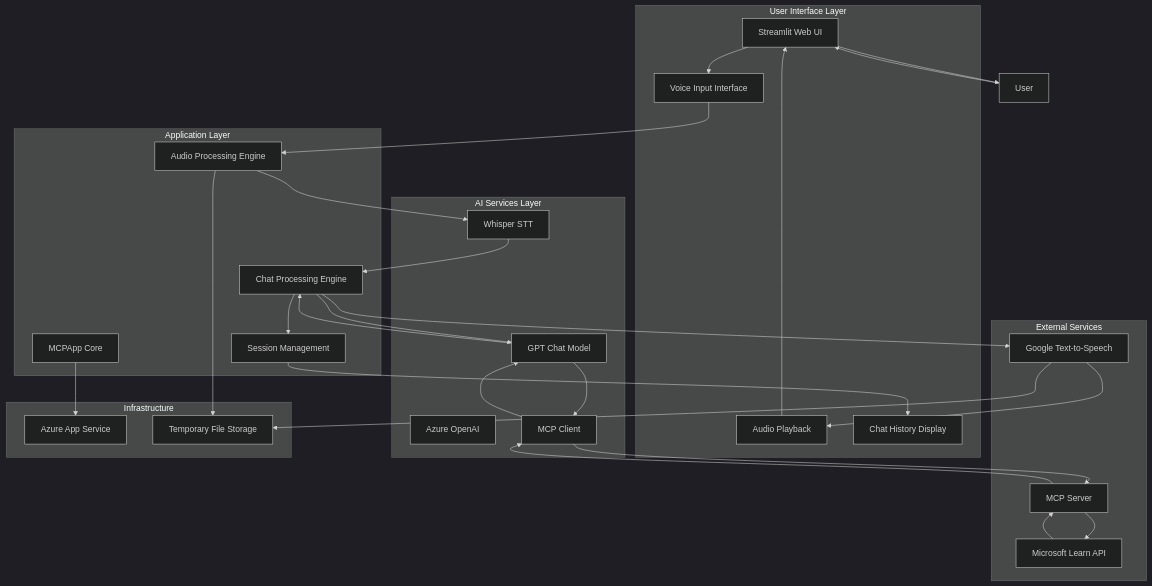
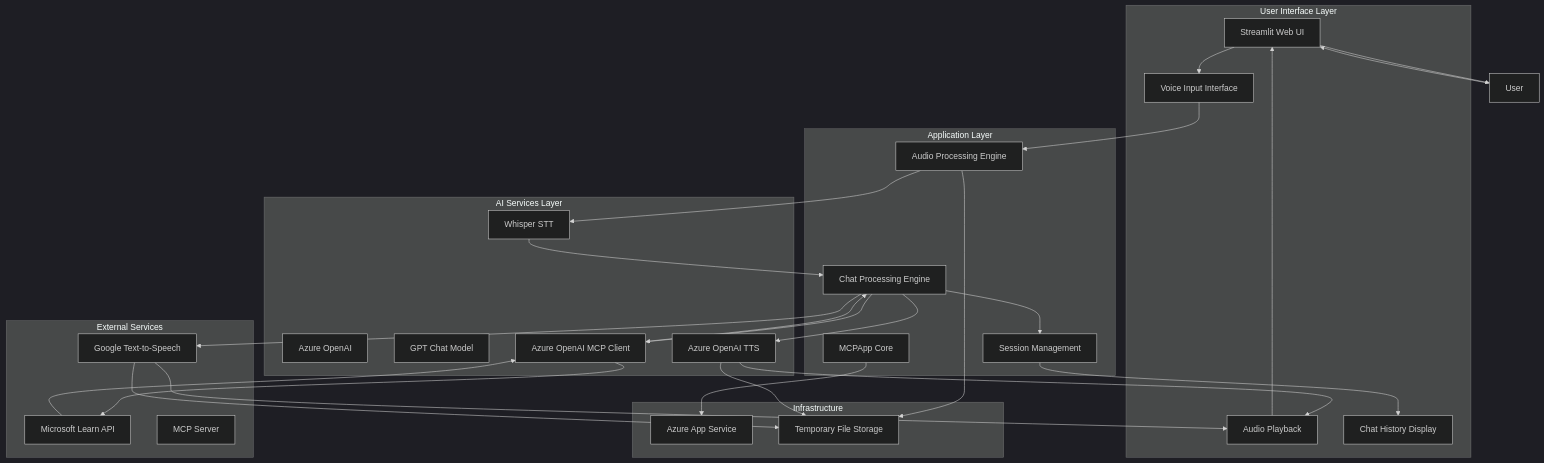
One commit to balakreshnan/mcpapp changed the first of 7 diagrams in ARCHITECTURE.md. Above: the diagram before and after it, drawn with Mermaid (dark theme). The commit also changed other lines of this file and 5 other files, not shown here.

Commit message:
Update documentation to reflect new Azure OpenAI TTS and enhanced MCP integration

````diff
--- a/ARCHITECTURE.md
+++ b/ARCHITECTURE.md
@@ -9,59 +9,59 @@
 ```mermaid
 graph TB
     subgraph "User Interface Layer"
         UI[Streamlit Web UI]
         VoiceInput[Voice Input Interface]
         AudioOutput[Audio Playback]
         ChatHistory[Chat History Display]
     end
     
     subgraph "Application Layer"
         App[MCPApp Core]
         AudioProcessor[Audio Processing Engine]
         ChatEngine[Chat Processing Engine]
         SessionManager[Session Management]
     end
     
     subgraph "AI Services Layer"
         AzureOpenAI[Azure OpenAI]
         Whisper[Whisper STT]
         GPT[GPT Chat Model]
-        MCPClient[MCP Client]
+        MCPClient[Azure OpenAI MCP Client]
+        AzureTTS[Azure OpenAI TTS]
     end
     
     subgraph "External Services"
         MSLearnAPI[Microsoft Learn API]
         MCPServer[MCP Server]
         gTTS[Google Text-to-Speech]
     end
     
     subgraph "Infrastructure"
         AppService[Azure App Service]
         Storage[Temporary File Storage]
     end
     
     User --> UI
     UI --> VoiceInput
     VoiceInput --> AudioProcessor
     AudioProcessor --> Whisper
     Whisper --> ChatEngine
-    ChatEngine --> GPT
-    GPT --> MCPClient
-    MCPClient --> MCPServer
-    MCPServer --> MSLearnAPI
-    MSLearnAPI --> MCPServer
-    MCPServer --> MCPClient
-    MCPClient --> GPT
-    GPT --> ChatEngine
+    ChatEngine --> MCPClient
+    MCPClient --> MSLearnAPI
+    MSLearnAPI --> MCPClient
+    MCPClient --> ChatEngine
+    ChatEngine --> AzureTTS
     ChatEngine --> gTTS
+    AzureTTS --> AudioOutput
     gTTS --> AudioOutput
     AudioOutput --> UI
     UI --> User
     
     ChatEngine --> SessionManager
     SessionManager --> ChatHistory
     AudioProcessor --> Storage
+    AzureTTS --> Storage
     gTTS --> Storage
     
     App --> AppService
 ```
````
